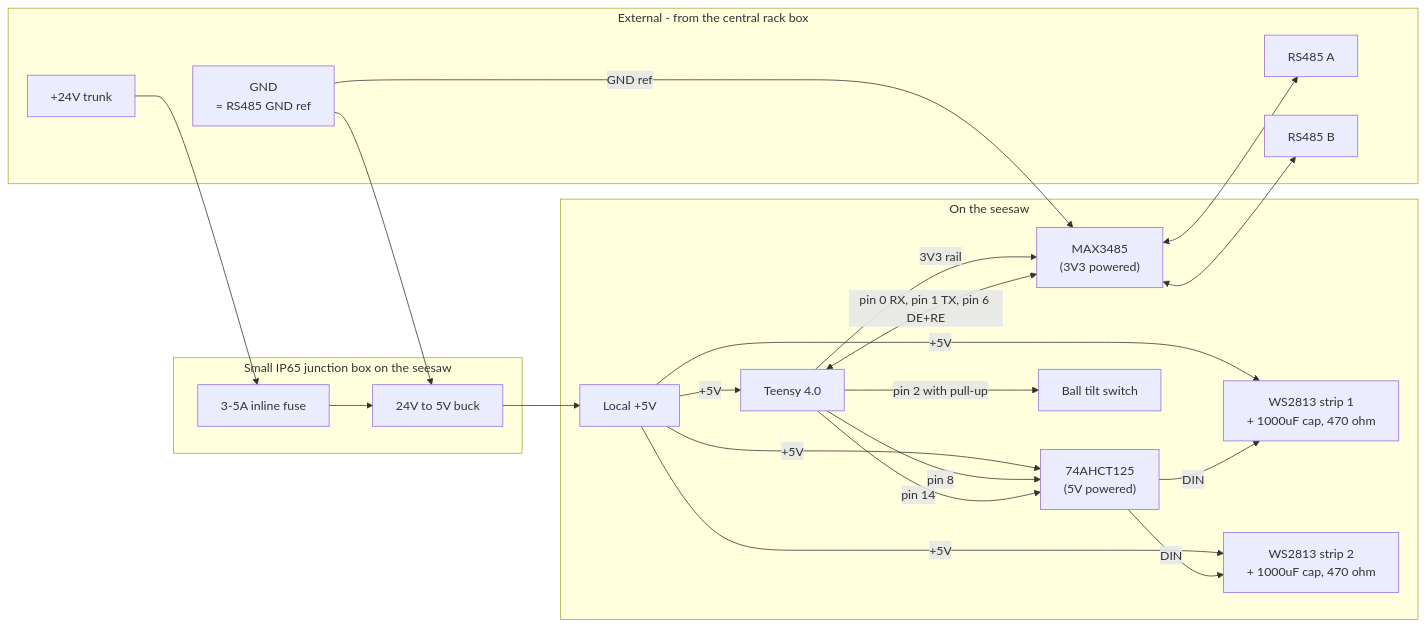
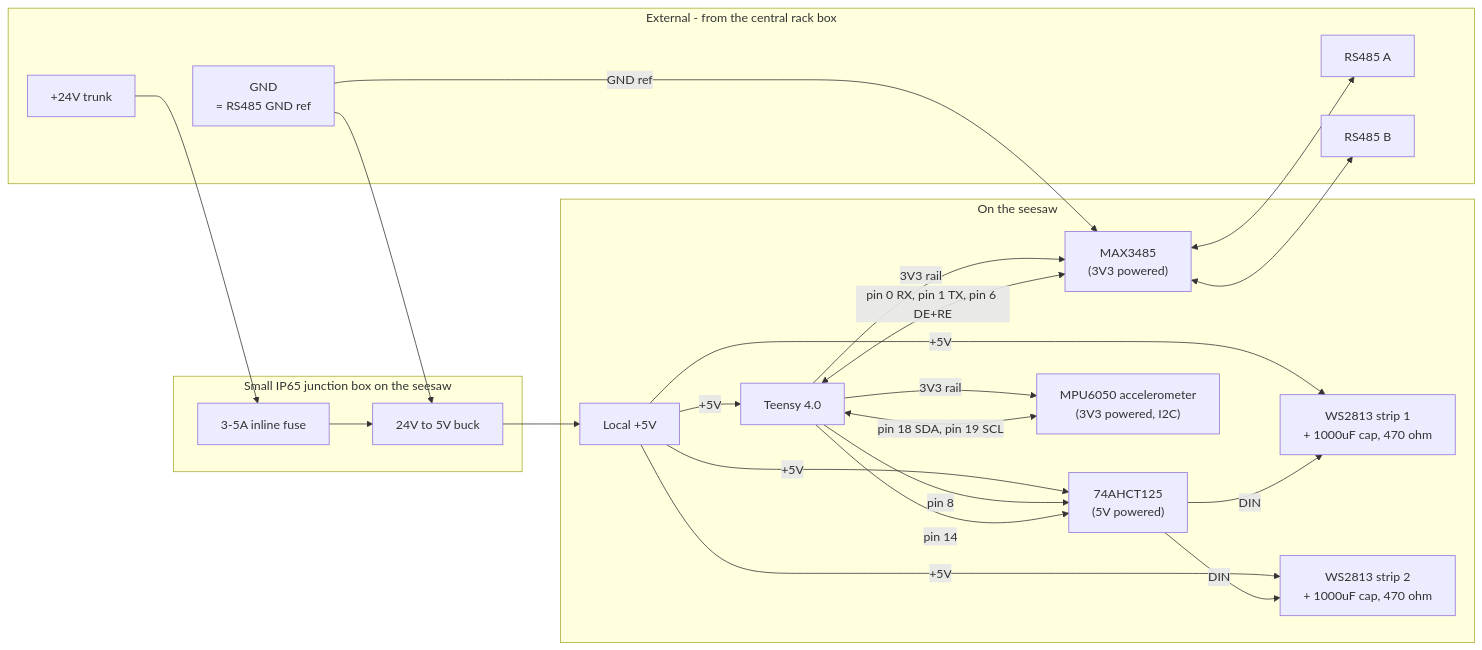
Before and after one commit to walkerkaiman/Seesaws: the diagram in Firmware/README.md, drawn with Mermaid. The commit also changed other lines of this file and 3 other files, not shown here.

````diff
--- a/Firmware/README.md
+++ b/Firmware/README.md
@@ -41,42 +54,43 @@
 ```mermaid
 flowchart LR
     subgraph external [External - from the central rack box]
         BusV["+24V trunk"]
         BusG["GND<br/>= RS485 GND ref"]
         RA["RS485 A"]
         RB["RS485 B"]
     end
 
     subgraph ipbox [Small IP65 junction box on the seesaw]
         Fuse["3-5A inline fuse"]
         Buck["24V to 5V buck"]
     end
 
     subgraph onseesaw [On the seesaw]
         Local5V["Local +5V"]
         Teensy["Teensy 4.0"]
         Shifter["74AHCT125<br/>(5V powered)"]
         XCVR["MAX3485<br/>(3V3 powered)"]
-        Tilt["Ball tilt switch"]
+        MPU["MPU6050 accelerometer<br/>(3V3 powered, I2C)"]
         Strip1["WS2813 strip 1<br/>+ 1000uF cap, 470 ohm"]
         Strip2["WS2813 strip 2<br/>+ 1000uF cap, 470 ohm"]
     end
 
     BusV --> Fuse --> Buck --> Local5V
     BusG --> Buck
     BusG -->|GND ref| XCVR
     Local5V -->|"+5V"| Teensy
     Local5V -->|"+5V"| Shifter
     Local5V -->|"+5V"| Strip1
     Local5V -->|"+5V"| Strip2
 
     Teensy -->|"3V3 rail"| XCVR
-    Teensy -->|"pin 2 with pull-up"| Tilt
+    Teensy -->|"3V3 rail"| MPU
+    Teensy <-->|"pin 18 SDA, pin 19 SCL"| MPU
     Teensy -->|"pin 8"| Shifter
     Teensy -->|"pin 14"| Shifter
     Shifter -->|"DIN"| Strip1
     Shifter -->|"DIN"| Strip2
     Teensy <-->|"pin 0 RX, pin 1 TX, pin 6 DE+RE"| XCVR
     XCVR <--> RA
     XCVR <--> RB
 ```
````
